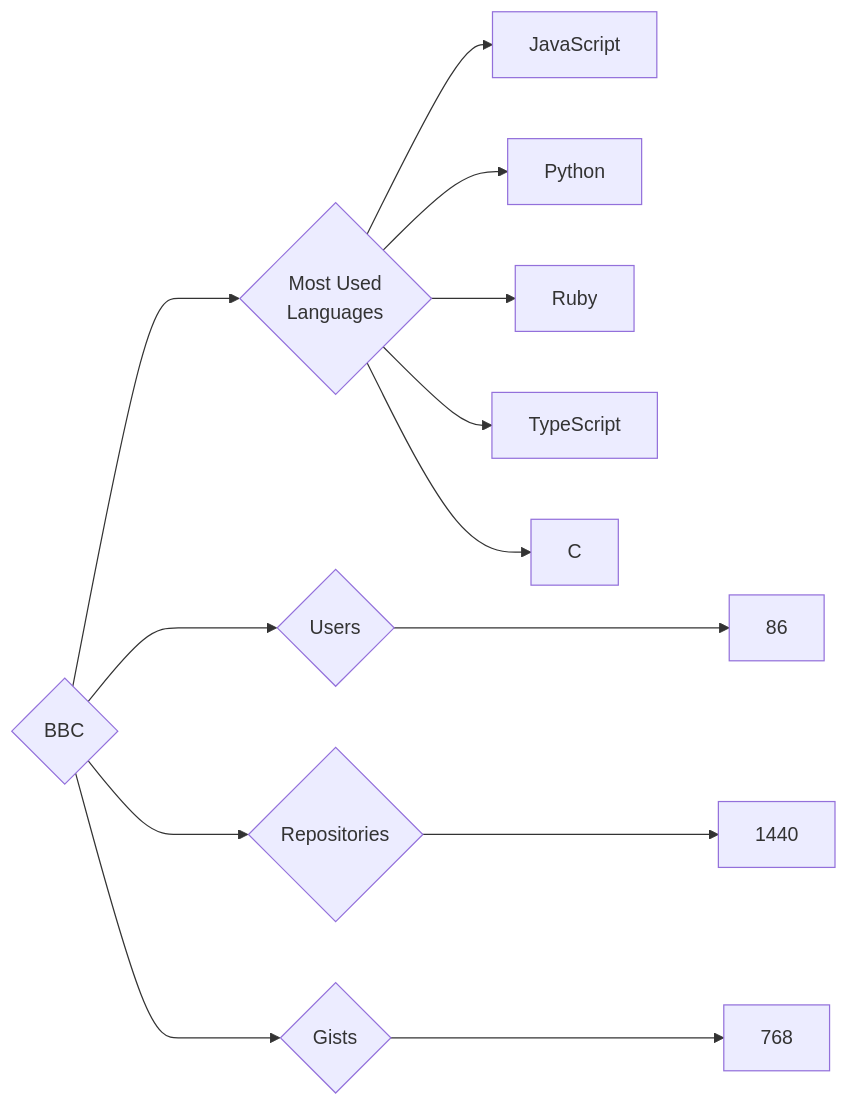
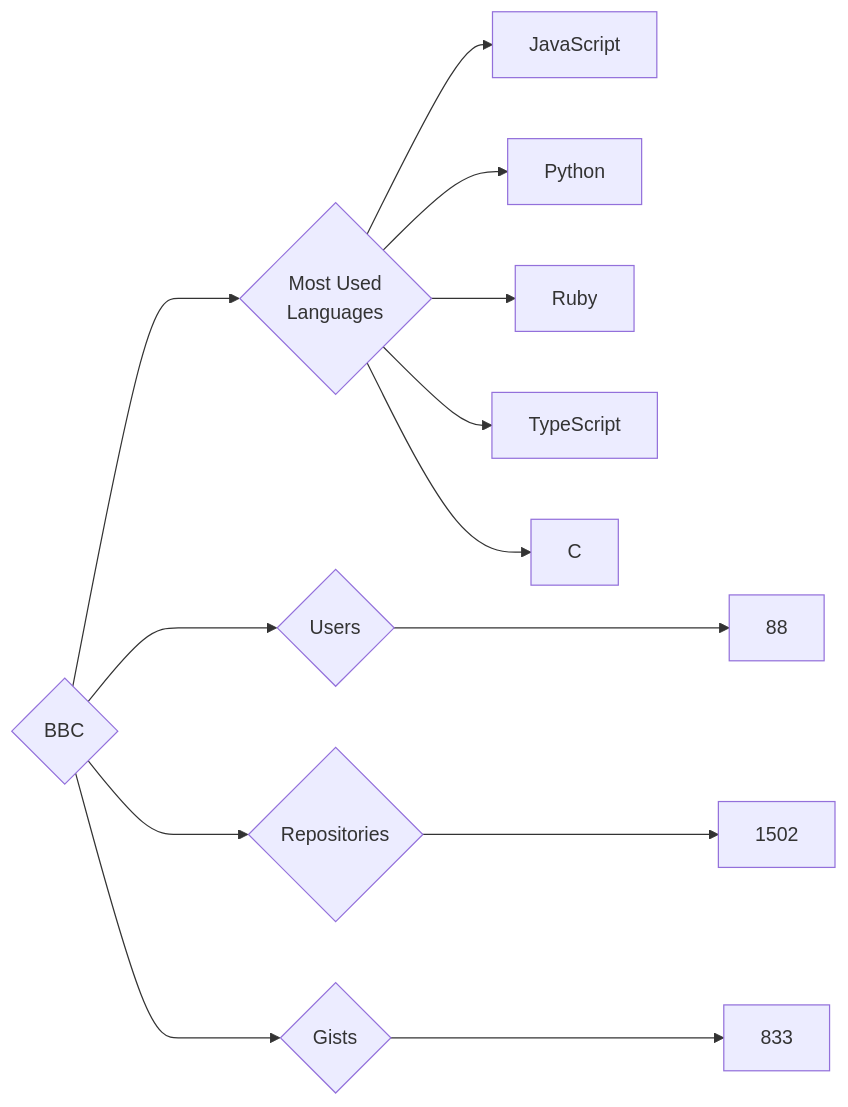
The diagram in targets/BBC/README.md (trickest/insiders), drawn with Mermaid before and after one commit. The commit also changed 870 other files, not shown here.

````diff
--- a/targets/BBC/README.md
+++ b/targets/BBC/README.md
@@ -3,13 +3,13 @@
 ```mermaid
 graph LR
 COMPANY_NAME{BBC}
-COMPANY_NAME ---> U{Users} ---> UN[86]
-COMPANY_NAME ---> R{Repositories} ---> RN[1440]
-COMPANY_NAME ---> G{Gists} ---> GN[768]
+COMPANY_NAME ---> U{Users} ---> UN[88]
+COMPANY_NAME ---> R{Repositories} ---> RN[1502]
+COMPANY_NAME ---> G{Gists} ---> GN[833]
 COMPANY_NAME ---> ML{Most Used<br>Languages}
 ML --> JavaScript[JavaScript]
 ML --> Python[Python]
 ML --> Ruby[Ruby]
 ML --> TypeScript[TypeScript]
 ML --> C[C]
 ```
````
